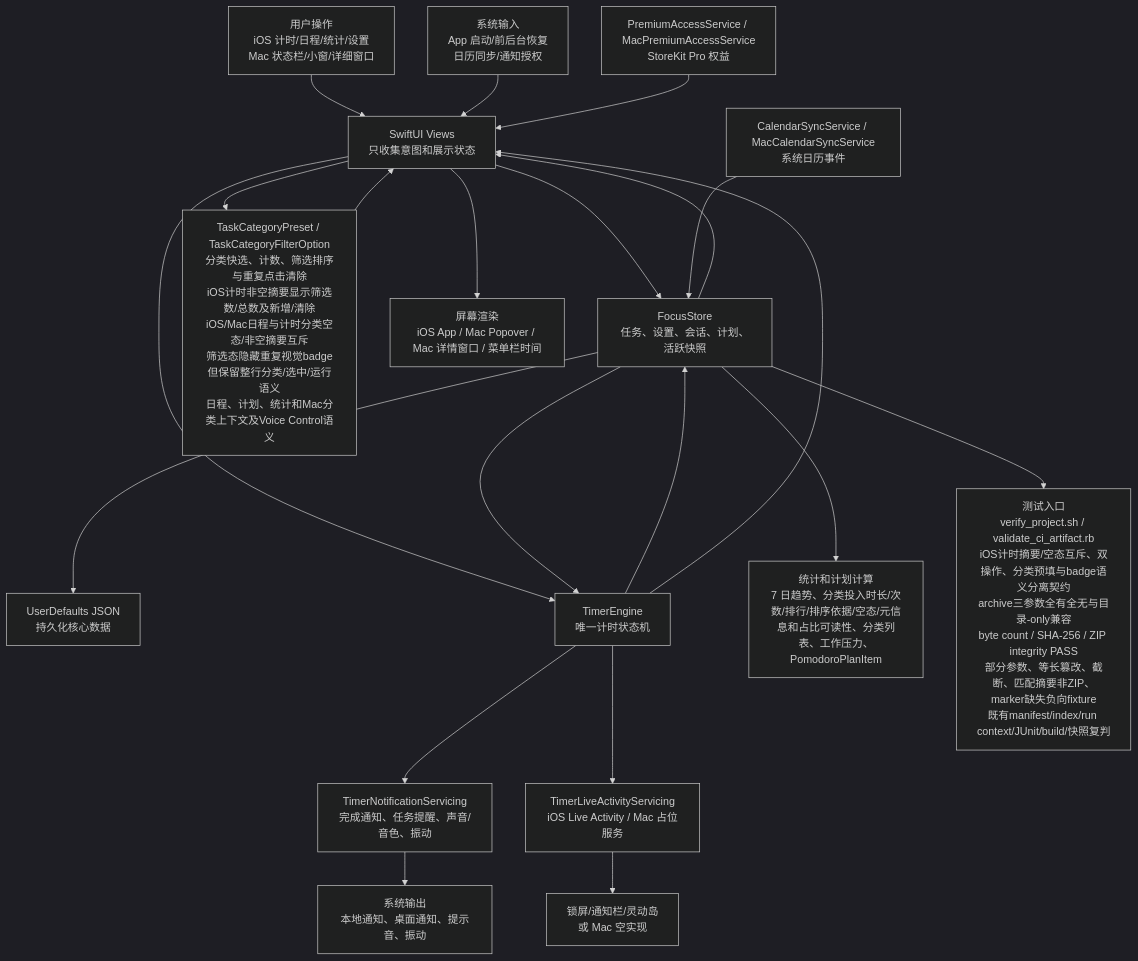
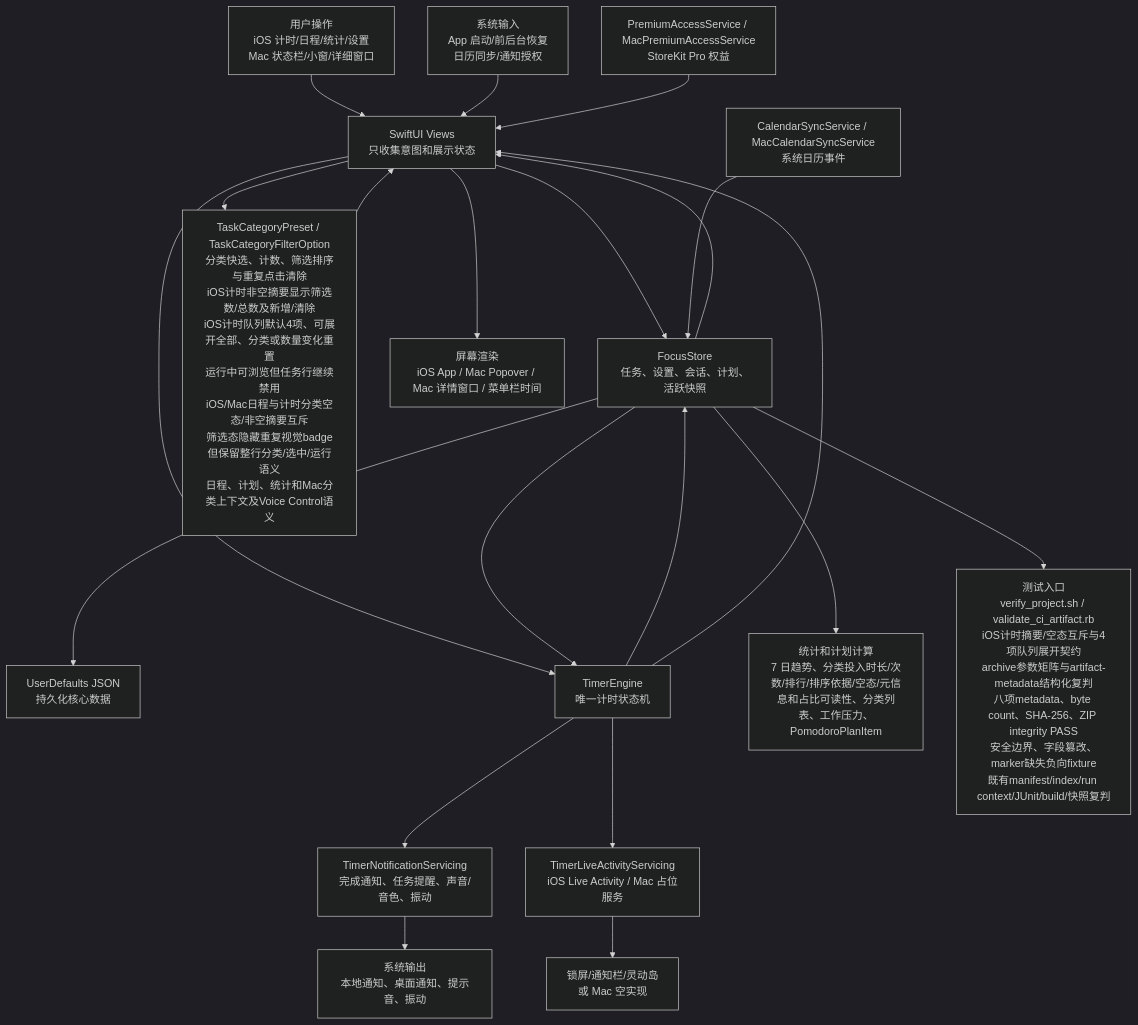
The first of 6 diagrams in md/flow/flowchart.md (Altman-sam114/114), drawn with Mermaid (dark theme) before and after one commit. The commit also changed other lines of this file and 10 other files, not shown here.

````diff
--- a/md/flow/flowchart.md
+++ b/md/flow/flowchart.md
@@ -9,23 +9,23 @@
 ```mermaid
 flowchart TD
   U["用户操作<br/>iOS 计时/日程/统计/设置<br/>Mac 状态栏/小窗/详细窗口"] --> V["SwiftUI Views<br/>只收集意图和展示状态"]
   SYS["系统输入<br/>App 启动/前后台恢复<br/>日历同步/通知授权"] --> V
   V --> S["FocusStore<br/>任务、设置、会话、计划、活跃快照"]
-  V --> CAT["TaskCategoryPreset / TaskCategoryFilterOption<br/>分类快选、计数、筛选排序与重复点击清除<br/>iOS计时非空摘要显示筛选数/总数及新增/清除<br/>iOS/Mac日程与计时分类空态/非空摘要互斥<br/>筛选态隐藏重复视觉badge但保留整行分类/选中/运行语义<br/>日程、计划、统计和Mac分类上下文及Voice Control语义"]
+  V --> CAT["TaskCategoryPreset / TaskCategoryFilterOption<br/>分类快选、计数、筛选排序与重复点击清除<br/>iOS计时非空摘要显示筛选数/总数及新增/清除<br/>iOS计时队列默认4项、可展开全部、分类或数量变化重置<br/>运行中可浏览但任务行继续禁用<br/>iOS/Mac日程与计时分类空态/非空摘要互斥<br/>筛选态隐藏重复视觉badge但保留整行分类/选中/运行语义<br/>日程、计划、统计和Mac分类上下文及Voice Control语义"]
   CAT --> V
   S --> P["UserDefaults JSON<br/>持久化核心数据"]
   V --> E["TimerEngine<br/>唯一计时状态机"]
   S --> E
   E --> S
   E --> N["TimerNotificationServicing<br/>完成通知、任务提醒、声音/音色、振动"]
   E --> L["TimerLiveActivityServicing<br/>iOS Live Activity / Mac 占位服务"]
   S --> C["统计和计划计算<br/>7 日趋势、分类投入时长/次数/排行/排序依据/空态/元信息和占比可读性、分类列表、工作压力、PomodoroPlanItem"]
   CAL["CalendarSyncService / MacCalendarSyncService<br/>系统日历事件"] --> S
   PRO["PremiumAccessService / MacPremiumAccessService<br/>StoreKit Pro 权益"] --> V
   S --> V
   E --> V
   V --> OUT["屏幕渲染<br/>iOS App / Mac Popover / Mac 详情窗口 / 菜单栏时间"]
   N --> OUT2["系统输出<br/>本地通知、桌面通知、提示音、振动"]
   L --> OUT3["锁屏/通知栏/灵动岛<br/>或 Mac 空实现"]
-  S --> T["测试入口<br/>verify_project.sh / validate_ci_artifact.rb<br/>iOS计时摘要/空态互斥、双操作、分类预填与badge语义分离契约<br/>archive三参数全有全无与目录-only兼容<br/>byte count / SHA-256 / ZIP integrity PASS<br/>部分参数、等长篡改、截断、匹配摘要非ZIP、marker缺失负向fixture<br/>既有manifest/index/run context/JUnit/build/快照复判"]
+  S --> T["测试入口<br/>verify_project.sh / validate_ci_artifact.rb<br/>iOS计时摘要/空态互斥与4项队列展开契约<br/>archive参数矩阵与artifact-metadata结构化复判<br/>八项metadata、byte count、SHA-256、ZIP integrity PASS<br/>安全边界、字段篡改、marker缺失负向fixture<br/>既有manifest/index/run context/JUnit/build/快照复判"]
 ```
````
